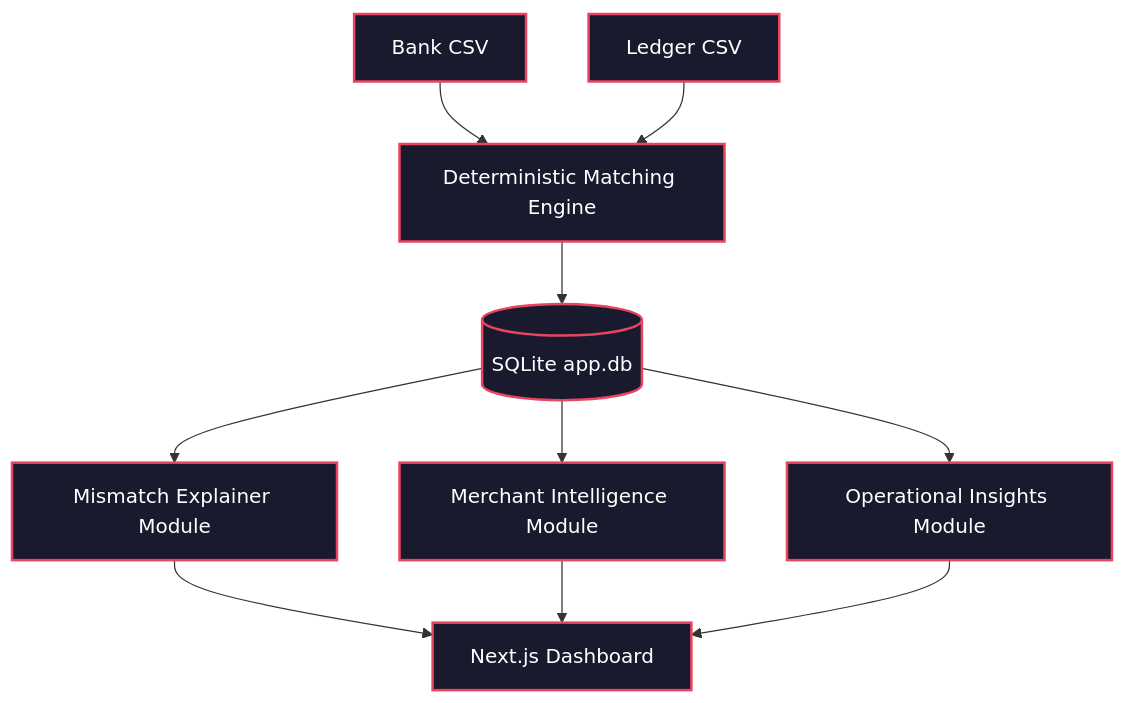
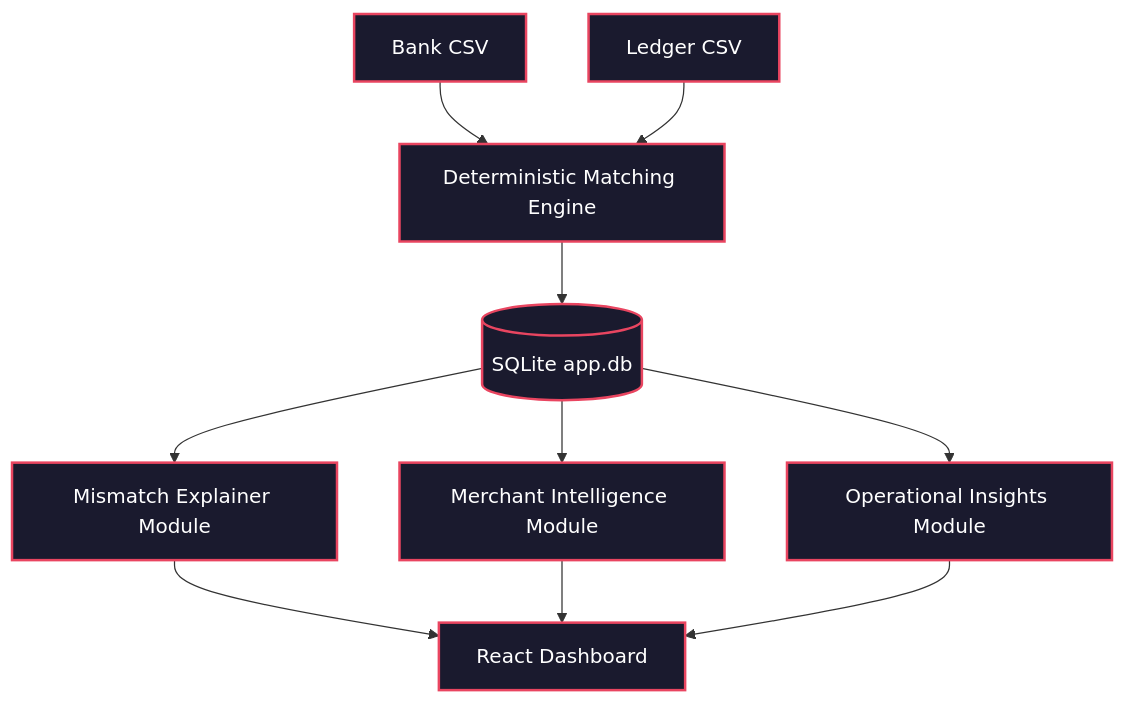
One commit to patareshivraj/AI-Powered-Financial-Reconciliation-Audit-Intelligence-System changed the first of 3 diagrams in README.md. Above: the diagram before and after it, drawn with Mermaid. The commit also changed other lines of this file, not shown here.

Commit message:
docs: update main README for React CRA architecture and DevOps deployment

````diff
--- a/README.md
+++ b/README.md
@@ -29,13 +29,13 @@
 ```mermaid
 graph TD
     classDef dark fill:#1a1a2e,stroke:#e94560,stroke-width:2px,color:#fff;
     A[Bank CSV]:::dark --> C[Deterministic Matching Engine]:::dark
     B[Ledger CSV]:::dark --> C
     C --> D[(SQLite app.db)]:::dark
     D --> E[Mismatch Explainer Module]:::dark
     D --> F[Merchant Intelligence Module]:::dark
     D --> G[Operational Insights Module]:::dark
-    E --> H[Next.js Dashboard]:::dark
+    E --> H[React Dashboard]:::dark
     F --> H
     G --> H
 ```
````
